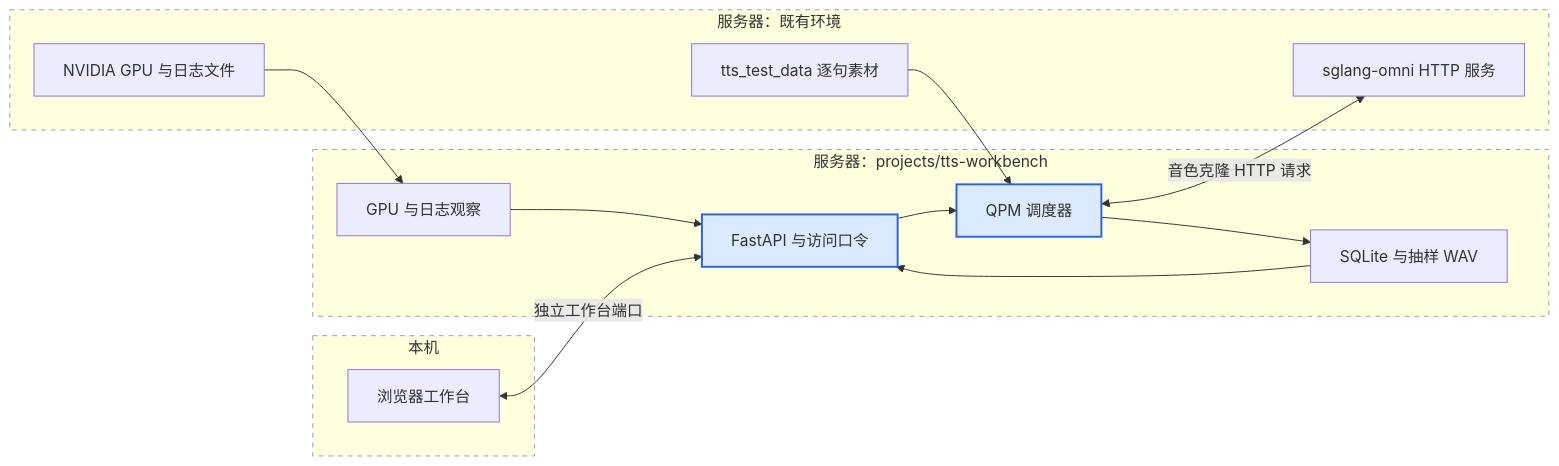
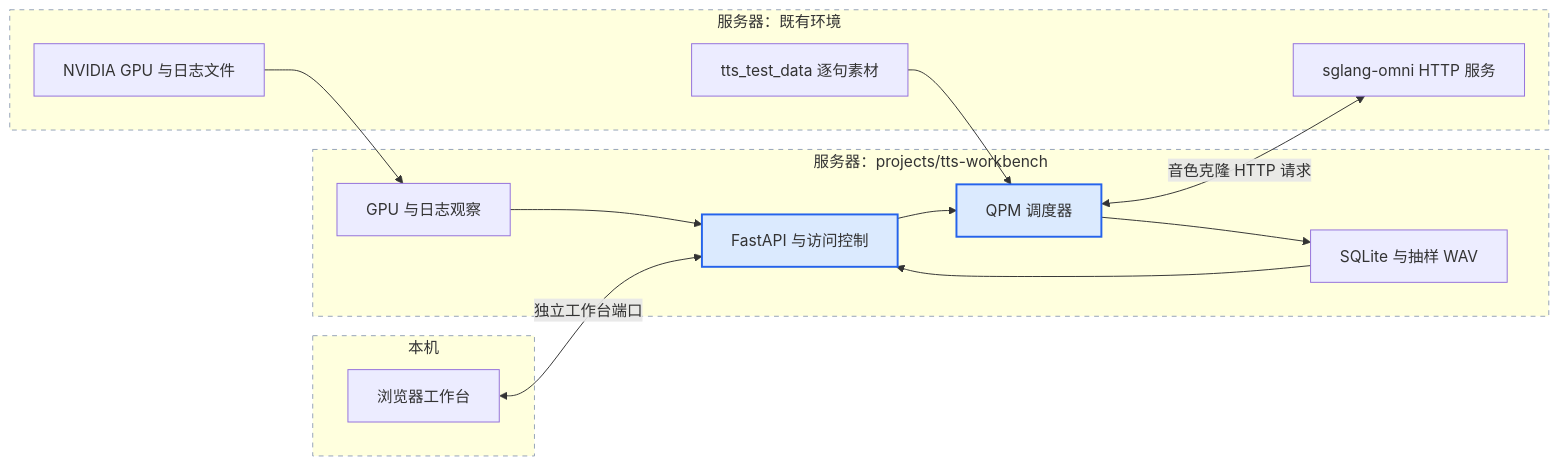
One commit to dugenkui03/sglang-omni changed the first of 2 diagrams in projects/tts-workbench/README.md. Above: the diagram before and after it, drawn with Mermaid. The commit also changed other lines of this file and 2 other files, not shown here.

````diff
--- a/projects/tts-workbench/README.md
+++ b/projects/tts-workbench/README.md
@@ -30,30 +30,30 @@
 ```mermaid
 flowchart LR
   subgraph LOCAL["本机"]
     B["浏览器工作台"]
   end
   subgraph APP["服务器：projects/tts-workbench"]
-    A["FastAPI 与访问口令"]
+    A["FastAPI 与访问控制"]
     Q["QPM 调度器"]
     D["SQLite 与抽样 WAV"]
     M["GPU 与日志观察"]
   end
   subgraph SERVICE["服务器：既有环境"]
     T["sglang-omni HTTP 服务"]
     F["tts_test_data 逐句素材"]
     G["NVIDIA GPU 与日志文件"]
   end
   B <-->|"独立工作台端口"| A
   A --> Q
   F --> Q
   Q <-->|"音色克隆 HTTP 请求"| T
   Q --> D
   D --> A
   G --> M
   M --> A
   classDef core fill:#dbeafe,stroke:#2563eb,stroke-width:2px
   class A,Q core
   style LOCAL stroke:#94a3b8,stroke-dasharray:5 5
   style APP stroke:#94a3b8,stroke-dasharray:5 5
   style SERVICE stroke:#94a3b8,stroke-dasharray:5 5
 ```
````
